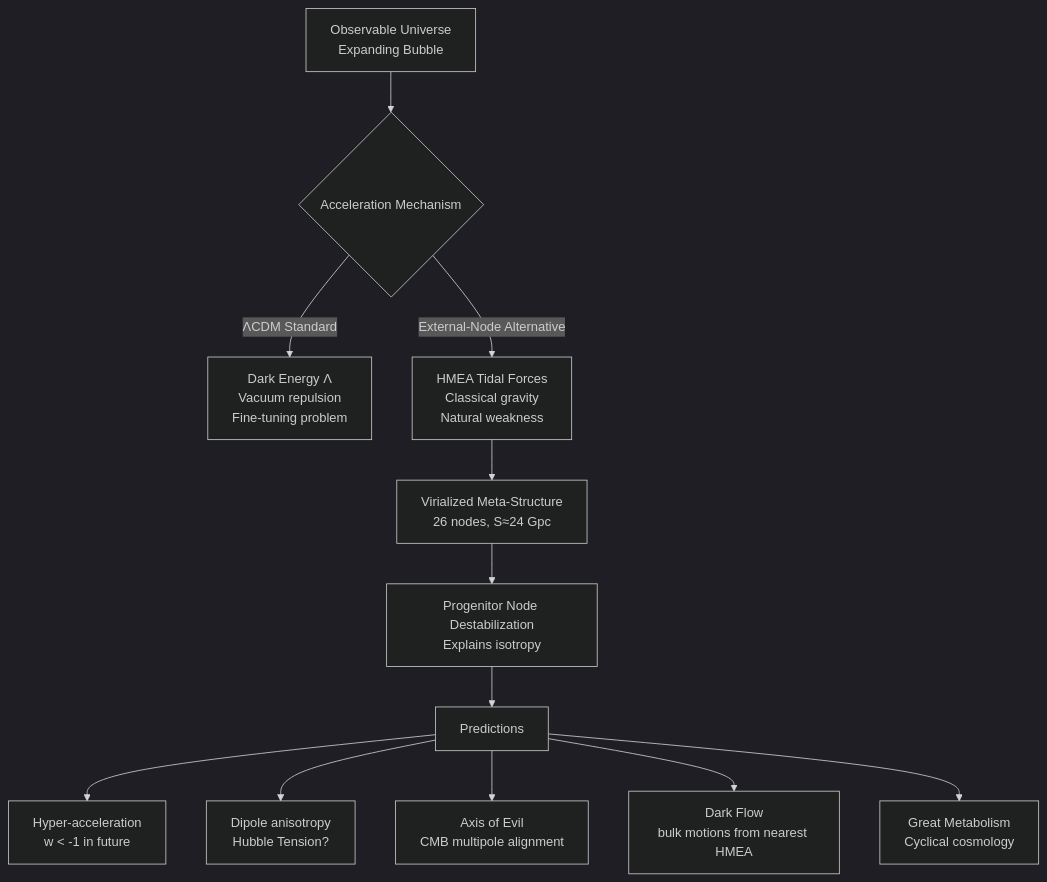
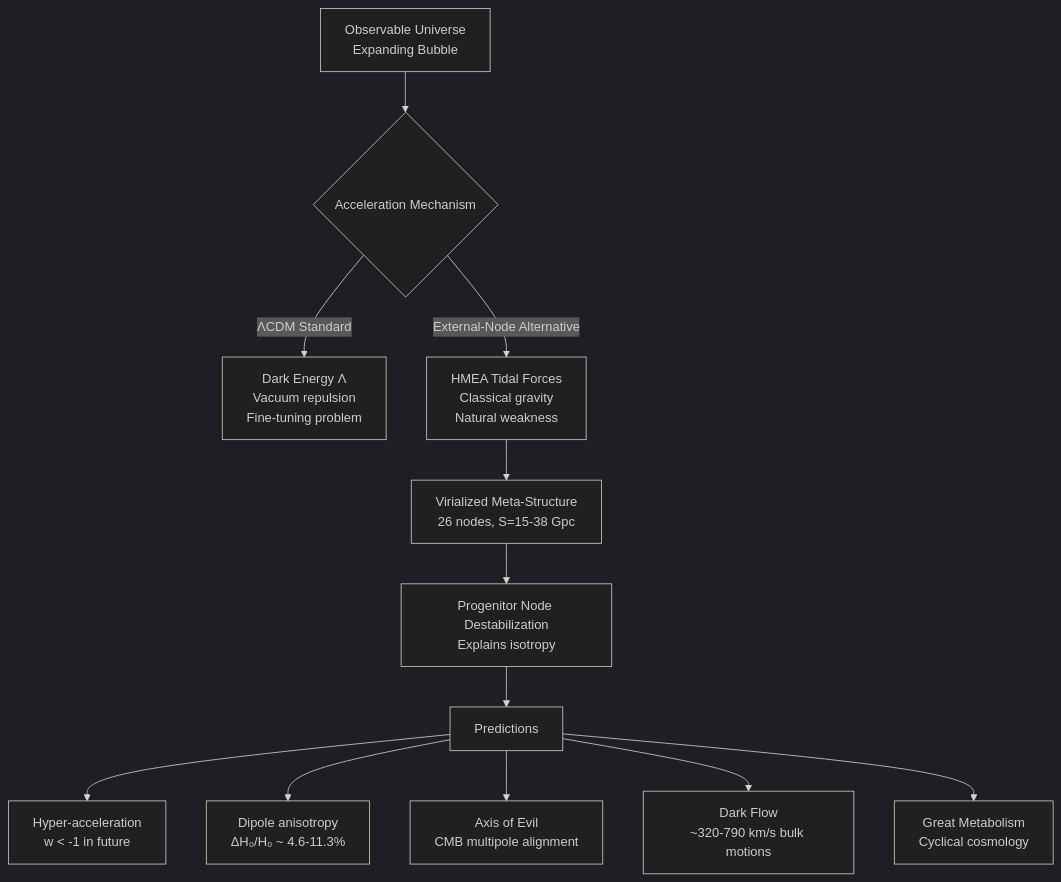
One commit to MartinGamsby/ProgenitorNodeModelCosmology changed the diagram in lode/physics/theoretical-framework.md. Above: the diagram before and after it, drawn with Mermaid (dark theme). The commit also changed other lines of this file and 3 other files, not shown here.

````diff
--- a/lode/physics/theoretical-framework.md
+++ b/lode/physics/theoretical-framework.md
@@ -225,16 +222,16 @@
 ```mermaid
 graph TD
     A[Observable Universe<br/>Expanding Bubble] --> B{Acceleration Mechanism}
     B -->|ΛCDM Standard| C[Dark Energy Λ<br/>Vacuum repulsion<br/>Fine-tuning problem]
     B -->|External-Node Alternative| D[HMEA Tidal Forces<br/>Classical gravity<br/>Natural weakness]
 
-    D --> E[Virialized Meta-Structure<br/>26 nodes, S≈24 Gpc]
+    D --> E[Virialized Meta-Structure<br/>26 nodes, S=15-38 Gpc]
     E --> F[Progenitor Node Destabilization<br/>Explains isotropy]
 
     F --> G[Predictions]
     G --> H[Hyper-acceleration<br/>w < -1 in future]
-    G --> I[Dipole anisotropy<br/>Hubble Tension?]
+    G --> I[Dipole anisotropy<br/>ΔH₀/H₀ ~ 4.6-11.3%]
     G --> K[Axis of Evil<br/>CMB multipole alignment]
-    G --> L[Dark Flow<br/>bulk motions from nearest HMEA]
+    G --> L[Dark Flow<br/>~320-790 km/s bulk motions]
     G --> J[Great Metabolism<br/>Cyclical cosmology]
 ```
````
